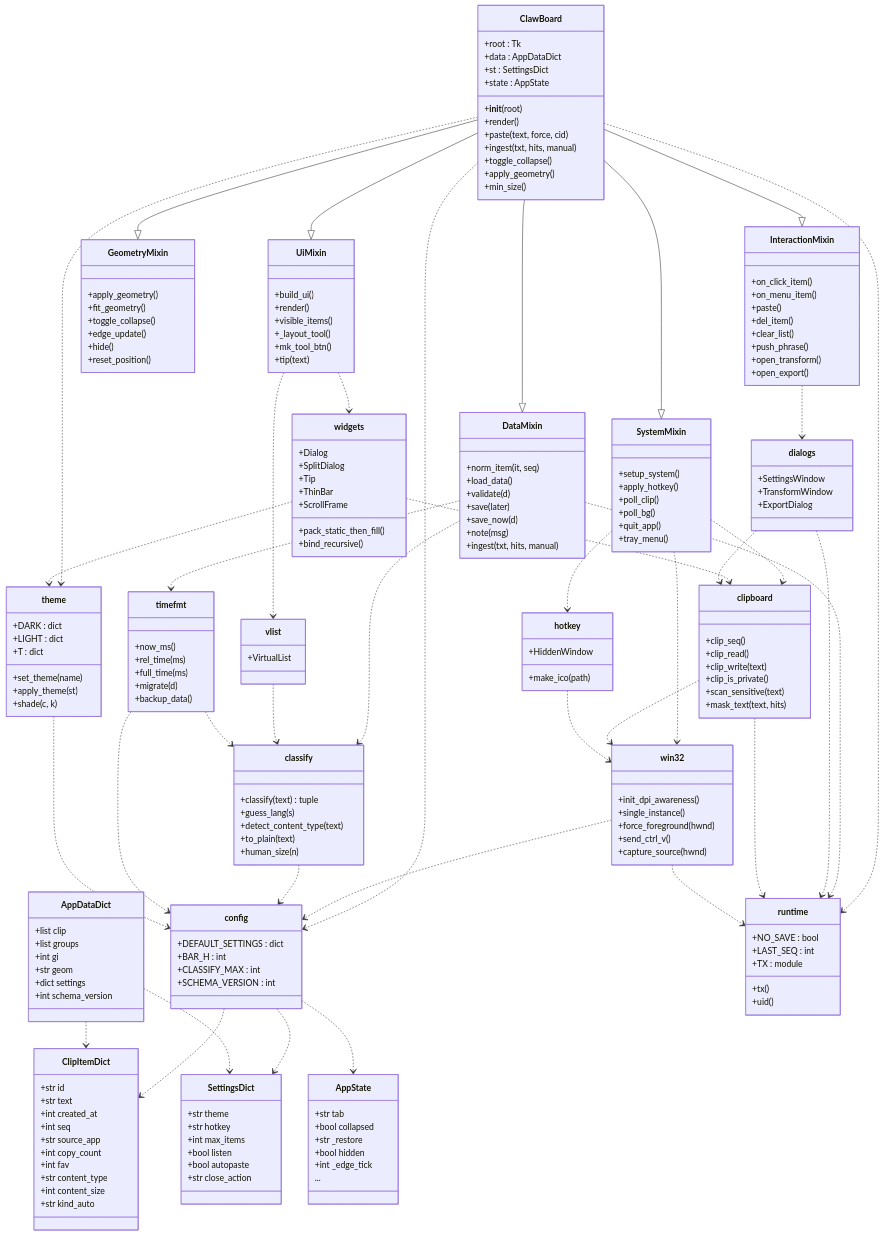
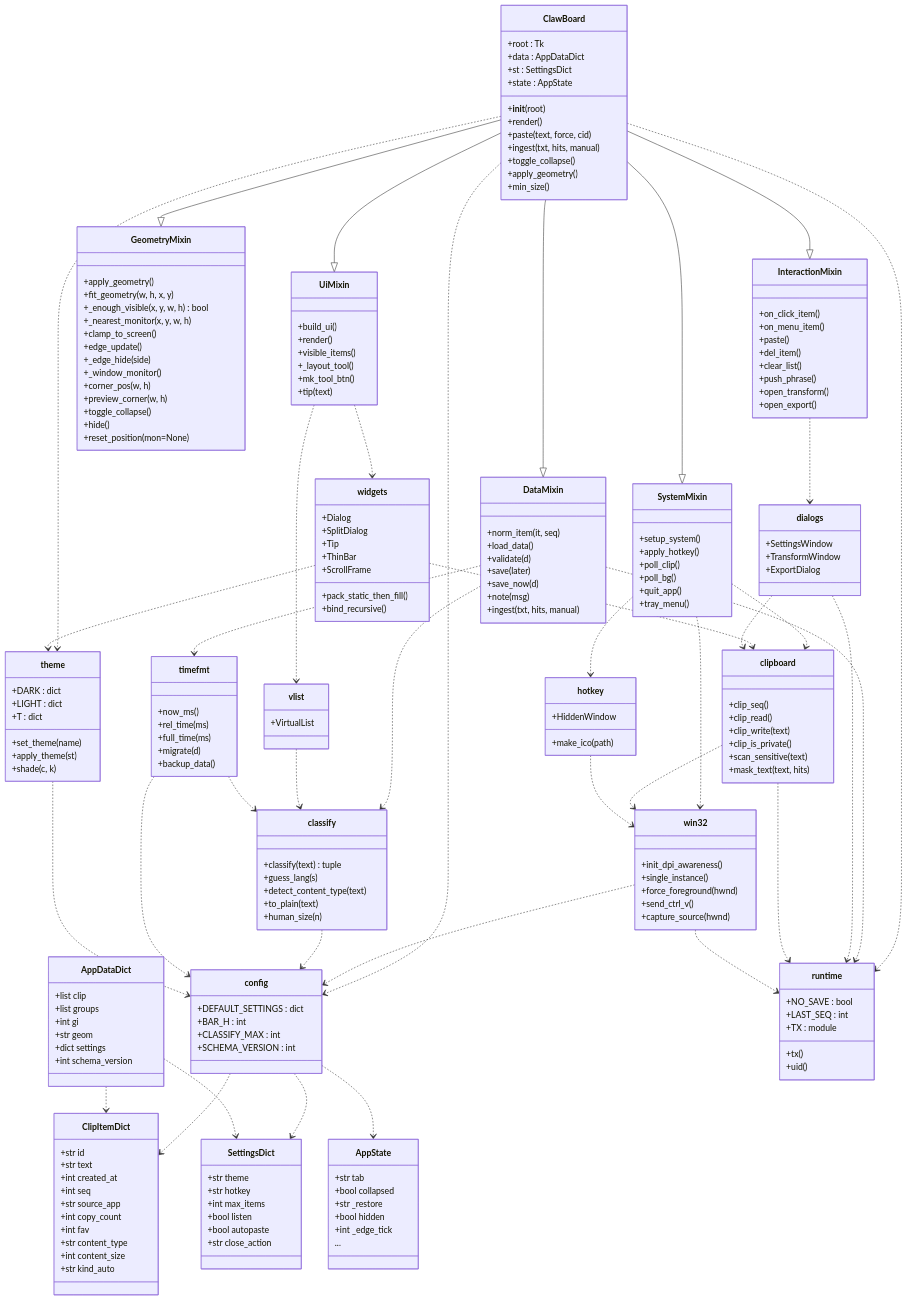
Before and after one commit to pay-and-gain/ClawBoard: the diagram in docs/class-diagram.mermaid, drawn with Mermaid. The commit also changed 4 other files, not shown here.

```diff
--- a/docs/class-diagram.mermaid
+++ b/docs/class-diagram.mermaid
@@ -80,11 +80,18 @@
     }
     class GeometryMixin {
         +apply_geometry()
-        +fit_geometry()
+        +fit_geometry(w, h, x, y)
+        +_enough_visible(x, y, w, h) bool
+        +_nearest_monitor(x, y, w, h)
+        +clamp_to_screen()
+        +edge_update()
+        +_edge_hide(side)
+        +_window_monitor()
+        +corner_pos(w, h)
+        +preview_corner(w, h)
         +toggle_collapse()
-        +edge_update()
         +hide()
-        +reset_position()
+        +reset_position(mon=None)
     }
     class InteractionMixin {
         +on_click_item()
```
